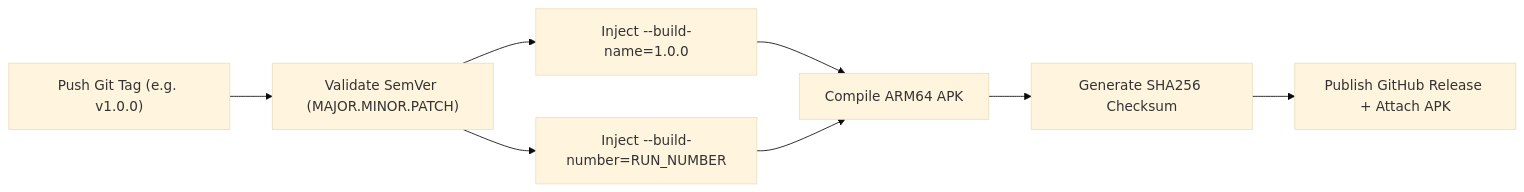
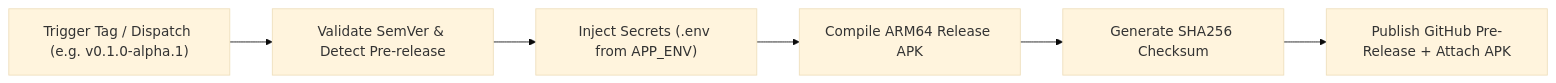
The diagram in artifacts/release-and-versioning-guide.md (NotTheAmmar/project-zerotype), drawn with Mermaid (base theme) before and after one commit. The commit also changed other lines of this file and 3 other files, not shown here.

Commit message:
feat(ci,docs): support production APP_ENV secret for APK releases and consolidate ONDC workbench guide

````diff
--- a/artifacts/release-and-versioning-guide.md
+++ b/artifacts/release-and-versioning-guide.md
@@ -26,9 +48,8 @@
 ```mermaid
 flowchart LR
-    A["Push Git Tag (e.g. v1.0.0)"] --> B["Validate SemVer (MAJOR.MINOR.PATCH)"]
-    B --> C["Inject --build-name=1.0.0"]
-    B --> D["Inject --build-number=RUN_NUMBER"]
-    C & D --> E["Compile ARM64 APK"]
-    E --> F["Generate SHA256 Checksum"]
-    F --> G["Publish GitHub Release + Attach APK"]
+    A["Trigger Tag / Dispatch (e.g. v0.1.0-alpha.1)"] --> B["Validate SemVer & Detect Pre-release"]
+    B --> C["Inject Secrets (.env from APP_ENV)"]
+    C --> D["Compile ARM64 Release APK"]
+    D --> E["Generate SHA256 Checksum"]
+    E --> F["Publish GitHub Pre-Release + Attach APK"]
 ```
````
